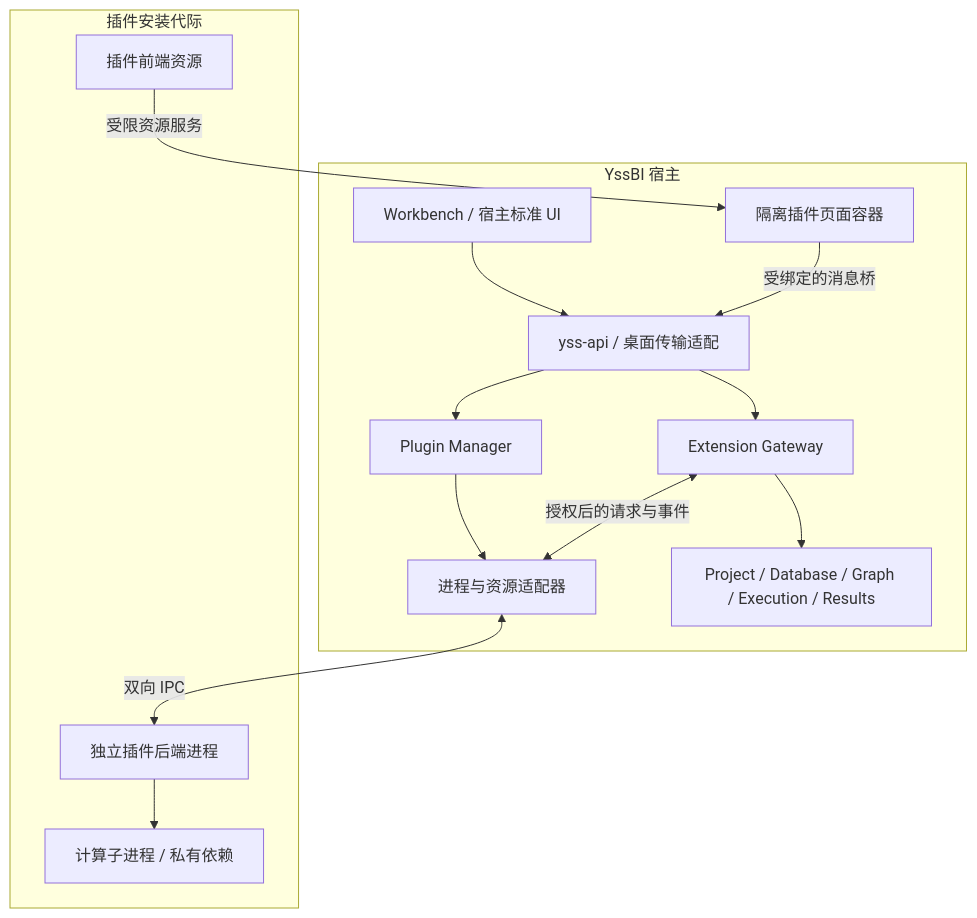
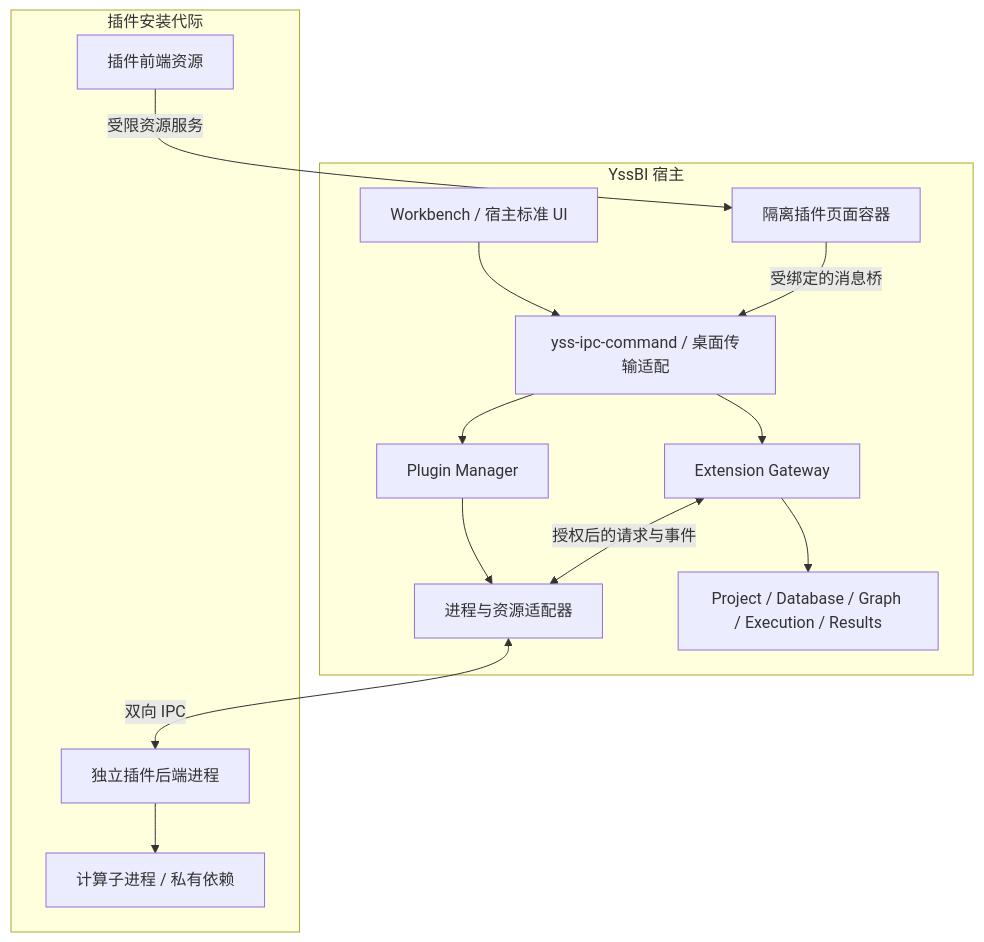
Before and after one commit to zhouyi207/YssBI: the diagram in docs/architecture/PLUGIN.md, drawn with Mermaid. The commit also changed other lines of this file and 14 other files, not shown here.

Commit message:
docs(ipc): document split transport boundaries and shared state

````diff
--- a/docs/architecture/PLUGIN.md
+++ b/docs/architecture/PLUGIN.md
@@ -32,27 +32,27 @@
 ```mermaid
 flowchart TB
   subgraph Host["YssBI 宿主"]
     UI["Workbench / 宿主标准 UI"]
     Webview["隔离插件页面容器"]
-    Transport["yss-api / 桌面传输适配"]
+    Transport["yss-ipc-command / 桌面传输适配"]
     Manager["Plugin Manager"]
     Gateway["Extension Gateway"]
     Runner["进程与资源适配器"]
     Core["Project / Database / Graph / Execution / Results"]
     UI --> Transport
     Webview -->|"受绑定的消息桥"| Transport
     Transport --> Manager
     Transport --> Gateway
     Manager --> Runner
     Gateway --> Core
   end
   subgraph Extension["插件安装代际"]
     Process["独立插件后端进程"]
     Assets["插件前端资源"]
     Worker["计算子进程 / 私有依赖"]
     Process --> Worker
   end
   Runner <-->|"双向 IPC"| Process
   Gateway <-->|"授权后的请求与事件"| Runner
   Assets -->|"受限资源服务"| Webview
 ```
````
